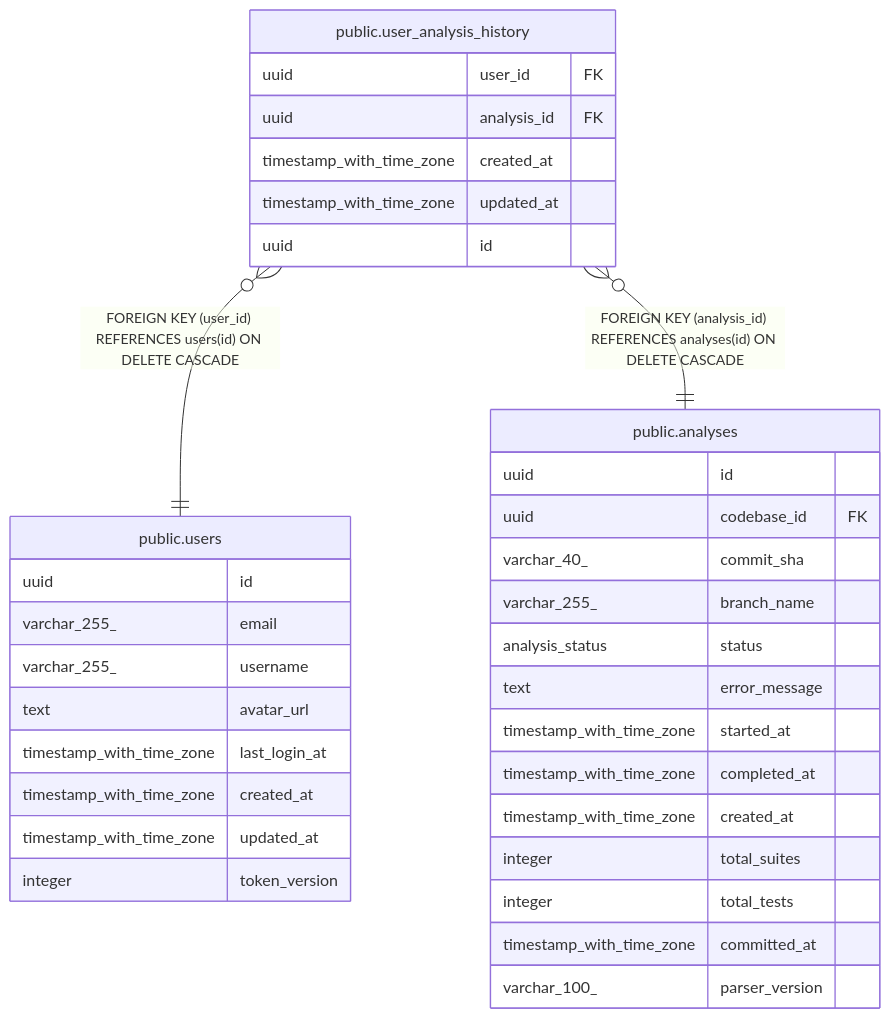
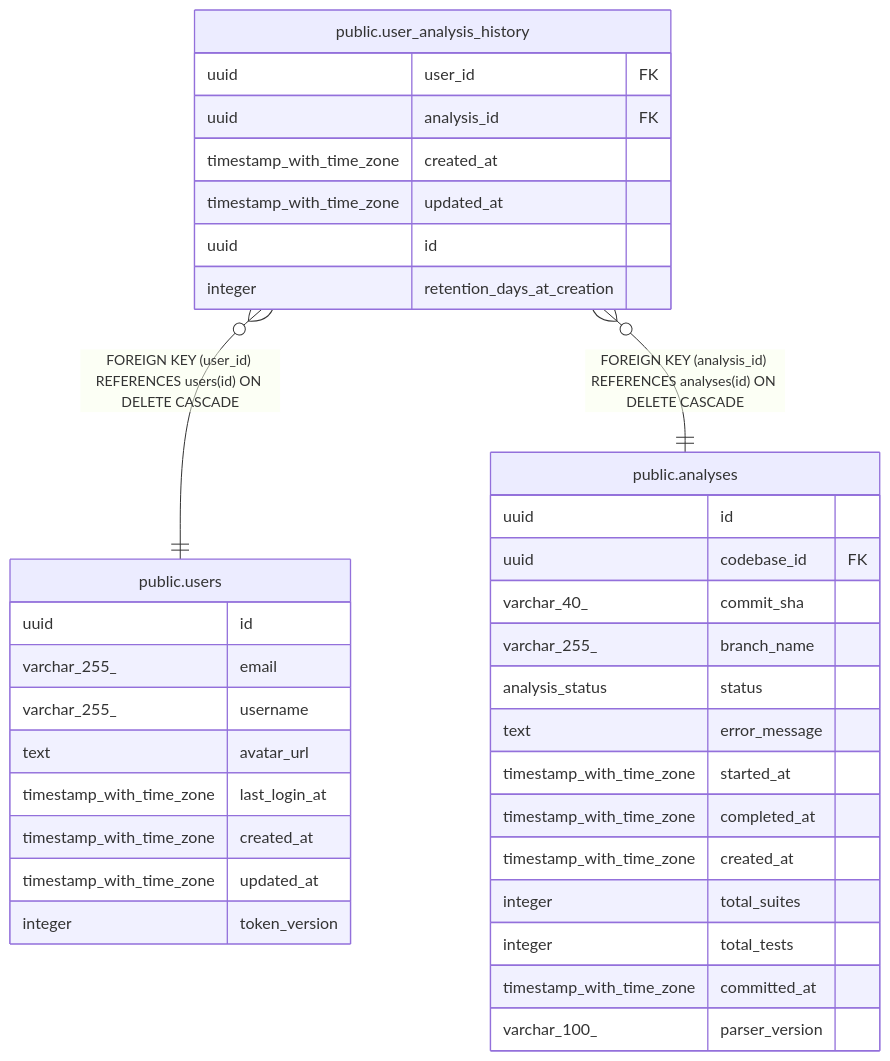
One commit to specvital/specvital.github.io changed the diagram in docs/schema/public.user_analysis_history.md. Above: the diagram before and after it, drawn with Mermaid. The commit also changed other lines of this file and 8 other files, not shown here.

Commit message:
docs: update schema documentation

````diff
--- a/docs/schema/public.user_analysis_history.md
+++ b/docs/schema/public.user_analysis_history.md
@@ -35,39 +38,40 @@
 ```mermaid
 erDiagram
 
 "public.user_analysis_history" }o--|| "public.users" : "FOREIGN KEY (user_id) REFERENCES users(id) ON DELETE CASCADE"
 "public.user_analysis_history" }o--|| "public.analyses" : "FOREIGN KEY (analysis_id) REFERENCES analyses(id) ON DELETE CASCADE"
 
 "public.user_analysis_history" {
   uuid user_id FK
   uuid analysis_id FK
   timestamp_with_time_zone created_at
   timestamp_with_time_zone updated_at
   uuid id
+  integer retention_days_at_creation
 }
 "public.users" {
   uuid id
   varchar_255_ email
   varchar_255_ username
   text avatar_url
   timestamp_with_time_zone last_login_at
   timestamp_with_time_zone created_at
   timestamp_with_time_zone updated_at
   integer token_version
 }
 "public.analyses" {
   uuid id
   uuid codebase_id FK
   varchar_40_ commit_sha
   varchar_255_ branch_name
   analysis_status status
   text error_message
   timestamp_with_time_zone started_at
   timestamp_with_time_zone completed_at
   timestamp_with_time_zone created_at
   integer total_suites
   integer total_tests
   timestamp_with_time_zone committed_at
   varchar_100_ parser_version
 }
 ```
````
